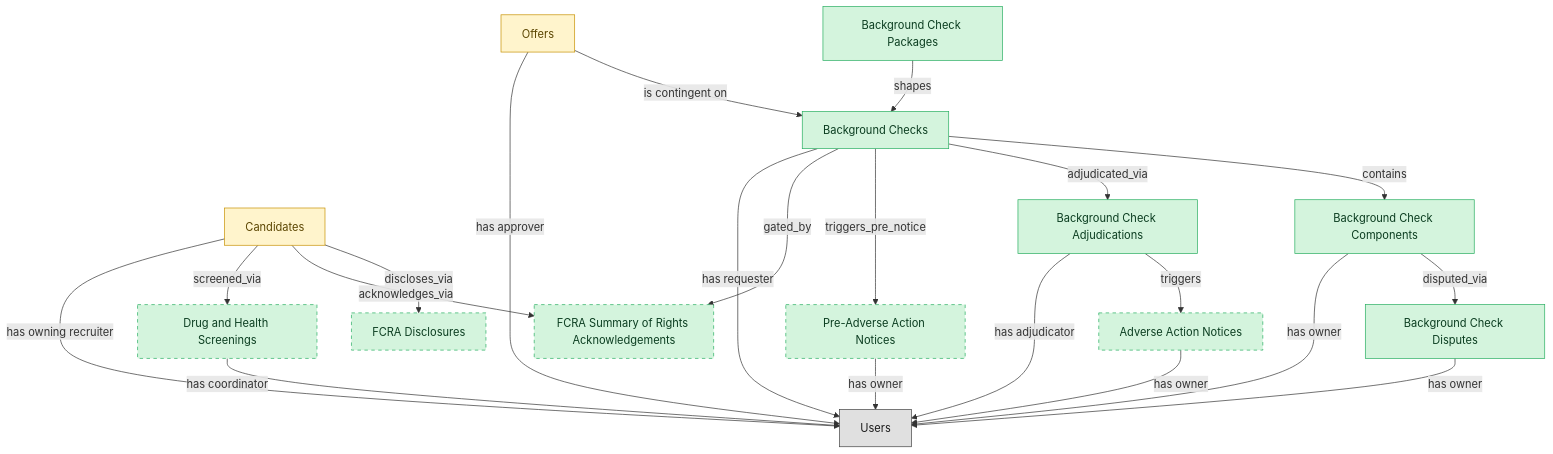
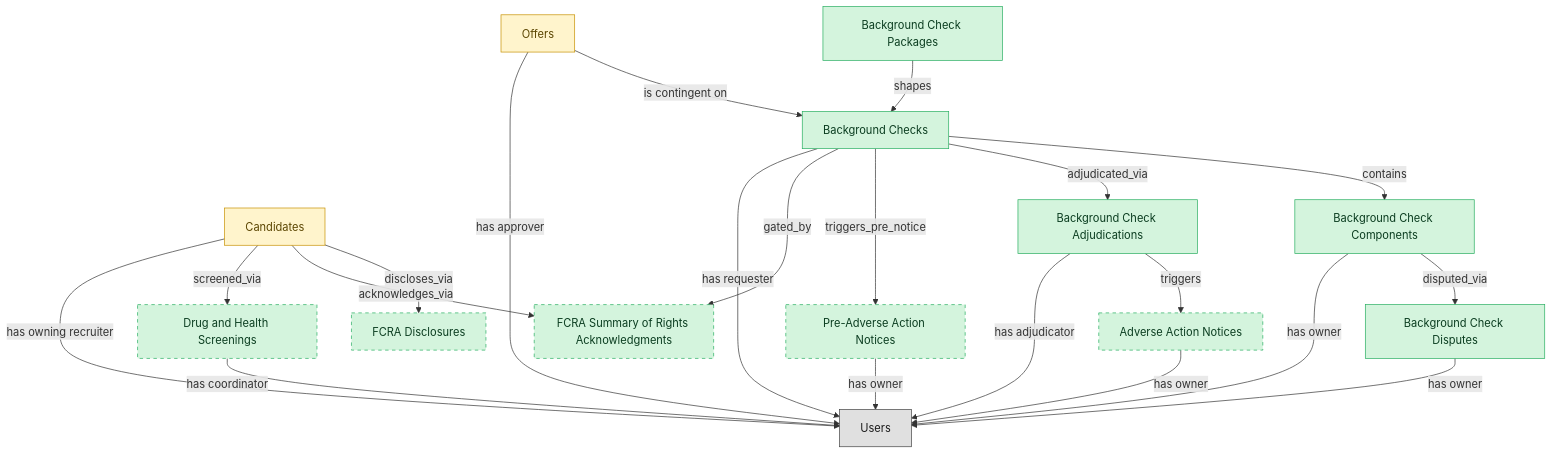
One commit to semantius/semantius changed the diagram in blueprints/ats-background-checks-semantic-blueprint.md. Above: the diagram before and after it, drawn with Mermaid. The commit also changed other lines of this file and 112 other files, not shown here.

````diff
--- a/blueprints/ats-background-checks-semantic-blueprint.md
+++ b/blueprints/ats-background-checks-semantic-blueprint.md
@@ -44,57 +44,57 @@
 ```mermaid
 flowchart TD
   classDef master fill:#d4f4dd,stroke:#27ae60,color:#0b3d20;
   classDef embedded_master fill:#fff4cc,stroke:#c79100,color:#5b4500;
   classDef platform_builtin fill:#e0e0e0,stroke:#424242,color:#1a1a1a;
   background_checks["Background Checks"]
   candidates["Candidates"]
   job_offers["Offers"]
   background_check_packages["Background Check Packages"]
   background_check_components["Background Check Components"]
   background_check_adjudications["Background Check Adjudications"]
   background_check_disputes["Background Check Disputes"]
   fcra_disclosures["FCRA Disclosures"]
   pre_adverse_action_notices["Pre-Adverse Action Notices"]
-  fcra_summary_of_rights_acknowledgements["FCRA Summary of Rights Acknowledgements"]
+  fcra_summary_of_rights_acknowledgements["FCRA Summary of Rights Acknowledgments"]
   adverse_action_notices["Adverse Action Notices"]
   drug_health_screenings["Drug and Health Screenings"]
   users["Users"]
   background_checks -->|"contains"| background_check_components
   background_check_packages -->|"shapes"| background_checks
   candidates -->|"discloses_via"| fcra_disclosures
   background_checks -->|"adjudicated_via"| background_check_adjudications
   background_check_adjudications -->|"triggers"| adverse_action_notices
   background_check_components -->|"disputed_via"| background_check_disputes
   candidates -->|"acknowledges_via"| fcra_summary_of_rights_acknowledgements
   background_checks -->|"triggers_pre_notice"| pre_adverse_action_notices
   background_checks -->|"gated_by"| fcra_summary_of_rights_acknowledgements
   job_offers -->|"is contingent on"| background_checks
   candidates -->|"screened_via"| drug_health_screenings
   candidates -->|"has owning recruiter"| users
   background_checks -->|"has requester"| users
   background_check_components -->|"has owner"| users
   background_check_adjudications -->|"has adjudicator"| users
   adverse_action_notices -->|"has owner"| users
   background_check_disputes -->|"has owner"| users
   pre_adverse_action_notices -->|"has owner"| users
   job_offers -->|"has approver"| users
   drug_health_screenings -->|"has coordinator"| users
   class background_checks master;
   class candidates embedded_master;
   class job_offers embedded_master;
   class background_check_packages master;
   class background_check_components master;
   class background_check_adjudications master;
   class background_check_disputes master;
   class fcra_disclosures master;
   class pre_adverse_action_notices master;
   class fcra_summary_of_rights_acknowledgements master;
   class adverse_action_notices master;
   class drug_health_screenings master;
   class users platform_builtin;
   style fcra_disclosures stroke-dasharray:5 5;
   style pre_adverse_action_notices stroke-dasharray:5 5;
   style fcra_summary_of_rights_acknowledgements stroke-dasharray:5 5;
   style adverse_action_notices stroke-dasharray:5 5;
   style drug_health_screenings stroke-dasharray:5 5;
 ```
````
